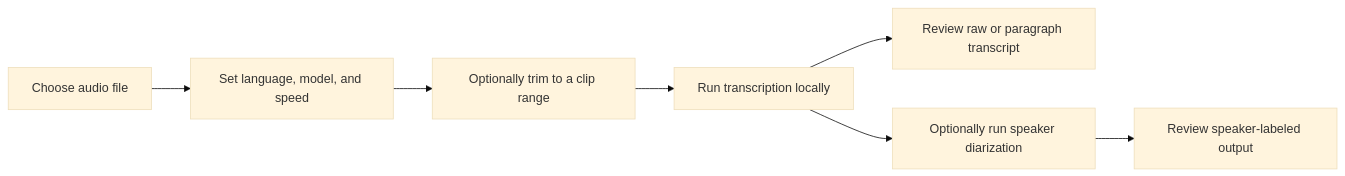
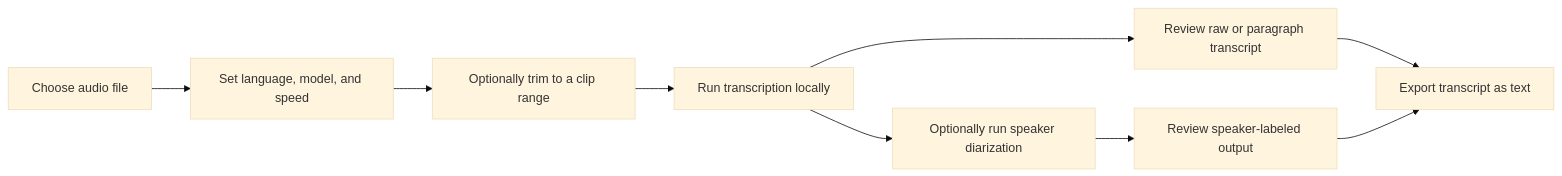
Before and after one commit to k-f-m/MemoMorf: the first of 2 diagrams in README.md, drawn with Mermaid (base theme). The commit also changed other lines of this file, not shown here.

Commit message:
Polish README copy and diagrams

````diff
--- a/README.md
+++ b/README.md
@@ -29,9 +29,11 @@
 ```mermaid
 flowchart LR
 	A[Choose audio file] --> B[Set language, model, and speed]
 	B --> C[Optionally trim to a clip range]
 	C --> D[Run transcription locally]
 	D --> E[Review raw or paragraph transcript]
 	D --> F[Optionally run speaker diarization]
+	E --> H[Export transcript as text]
 	F --> G[Review speaker-labeled output]
+	G --> H
 ```
````
